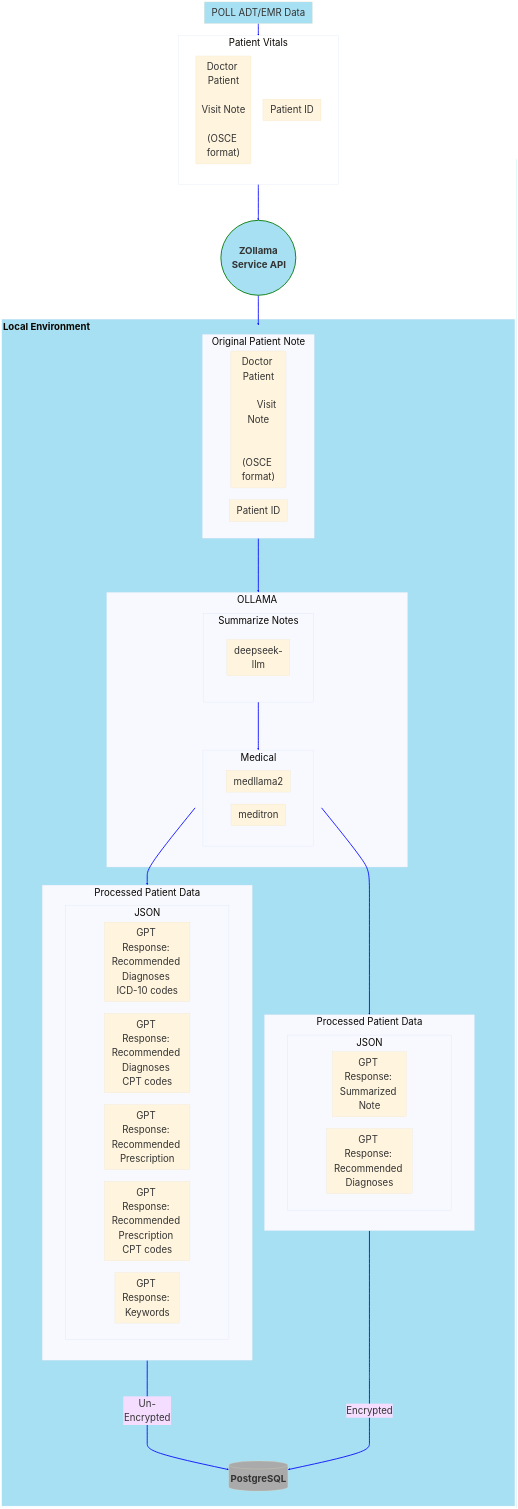
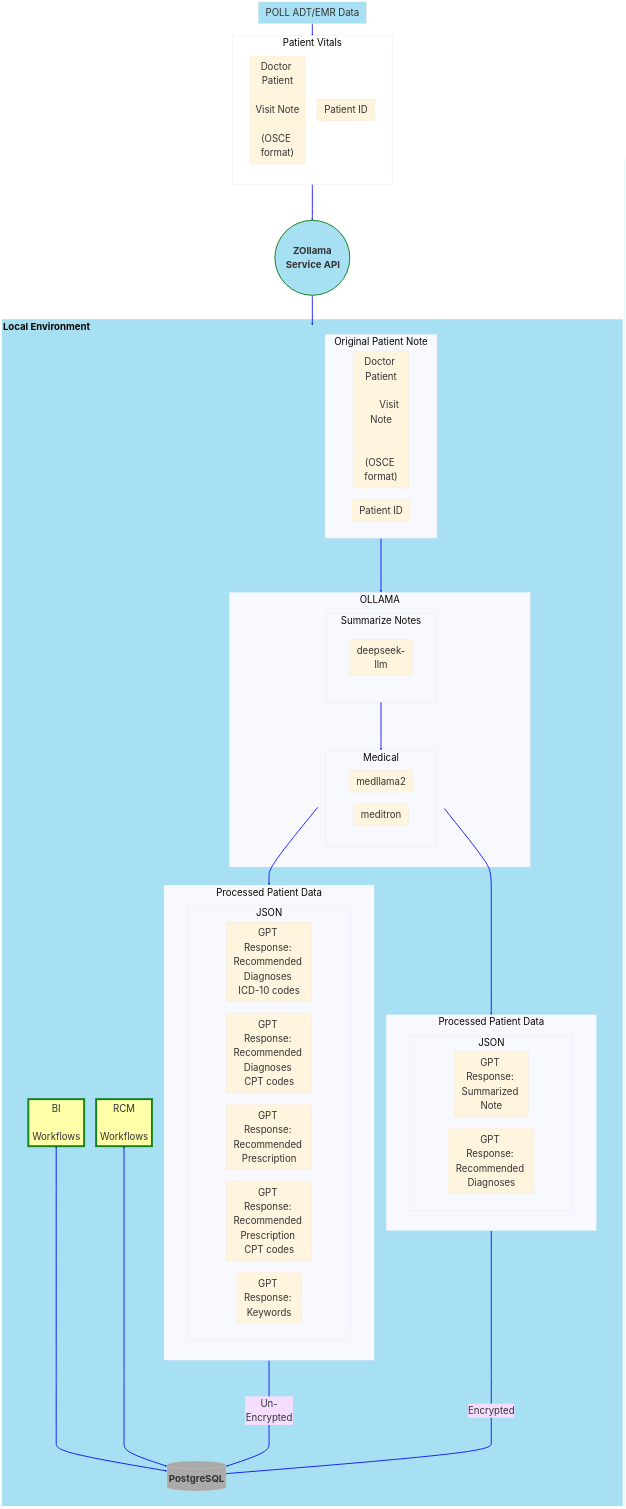
One commit to ovaisq/LLM-MedBillingForecast changed the first of 3 diagrams in README.md. Above: the diagram before and after it, drawn with Mermaid.

Commit message:
Finalized overview diagram in README.md

```diff
--- a/README.md
+++ b/README.md
@@ -10,6 +10,8 @@
     style LocalEnv fill:#a7e0f2
     style PSQL fill:#aaa
     style EMRADT fill:#a7e0f2
+    style BI fill:#ffa,stroke:#13821a,stroke-width:8px
+    style RM fill:#ffa,stroke:#13821a,stroke-width:8px
 
     classDef subgraph_padding fill:none,stroke:none
     EMRADT["POLL&nbspADT/EMR&nbspData"]
@@ -22,7 +24,9 @@
     Med ==> PPD ==Un-Encrypted=====> PSQL
     Med ==> EPPD ==Encrypted=====> PSQL
     Summary ===> Med
-  
+    BI <=====> PSQL
+    RM <=====> PSQL
+
     subgraph PV["Patient&nbspVitals"]
         subgraph blank2[ ]
             PVN("Doctor Patient
@@ -32,10 +36,16 @@
         end
     end
 
-    subgraph LocalEnv["`**Local&nbspEnvironment**`"&nbsp&nbsp&nbsp&nbsp&nbsp&nbsp&nbsp&nbsp&nbsp&nbsp&nbsp&nbsp&nbsp&nbsp&nbsp&nbsp&nbsp&nbsp&nbsp&nbsp&nbsp&nbsp&nbsp&nbsp&nbsp&nbsp&nbsp&nbsp&nbsp&nbsp&nbsp&nbsp&nbsp&nbsp&nbsp&nbsp&nbsp&nbsp&nbsp&nbsp&nbsp&nbsp&nbsp&nbsp&nbsp&nbsp&nbsp&nbsp&nbsp&nbsp&nbsp&nbsp&nbsp&nbsp&nbsp&nbsp&nbsp&nbsp&nbsp&nbsp&nbsp&nbsp&nbsp&nbsp&nbsp&nbsp&nbsp&nbsp&nbsp&nbsp&nbsp&nbsp&nbsp&nbsp&nbsp&nbsp&nbsp&nbsp&nbsp&nbsp&nbsp&nbsp&nbsp&nbsp&nbsp&nbsp&nbsp&nbsp&nbsp&nbsp&nbsp&nbsp&nbsp&nbsp&nbsp&nbsp&nbsp&nbsp&nbsp&nbsp&nbsp&nbsp&nbsp&nbsp&nbsp&nbsp&nbsp&nbsp&nbsp&nbsp&nbsp&nbsp&nbsp&nbsp&nbsp&nbsp&nbsp&nbsp&nbsp&nbsp&nbsp&nbsp&nbsp&nbsp&nbsp&nbsp&nbsp&nbsp&nbsp&nbsp&nbsp&nbsp&nbsp&nbsp&nbsp&nbsp&nbsp&nbsp&nbsp&nbsp&nbsp&nbsp&nbsp&nbsp&nbsp&nbsp&nbsp&nbsp&nbsp&nbsp&nbsp&nbsp&nbsp&nbsp&nbsp&nbsp&nbsp]
+    subgraph LocalEnv["`**Local&nbspEnvironment**`"&nbsp&nbsp&nbsp&nbsp&nbsp&nbsp&nbsp&nbsp&nbsp&nbsp&nbsp&nbsp&nbsp&nbsp&nbsp&nbsp&nbsp&nbsp&nbsp&nbsp&nbsp&nbsp&nbsp&nbsp&nbsp&nbsp&nbsp&nbsp&nbsp&nbsp&nbsp&nbsp&nbsp&nbsp&nbsp&nbsp&nbsp&nbsp&nbsp&nbsp&nbsp&nbsp&nbsp&nbsp&nbsp&nbsp&nbsp&nbsp&nbsp&nbsp&nbsp&nbsp&nbsp&nbsp&nbsp&nbsp&nbsp&nbsp&nbsp&nbsp&nbsp&nbsp&nbsp&nbsp&nbsp&nbsp&nbsp&nbsp&nbsp&nbsp&nbsp&nbsp&nbsp&nbsp&nbsp&nbsp&nbsp&nbsp&nbsp&nbsp&nbsp&nbsp&nbsp&nbsp&nbsp&nbsp&nbsp&nbsp&nbsp&nbsp&nbsp&nbsp&nbsp&nbsp&nbsp&nbsp&nbsp&nbsp&nbsp&nbsp&nbsp&nbsp&nbsp&nbsp&nbsp&nbsp&nbsp&nbsp&nbsp&nbsp&nbsp&nbsp&nbsp&nbsp&nbsp&nbsp&nbsp&nbsp&nbsp&nbsp&nbsp&nbsp&nbsp&nbsp&nbsp&nbsp&nbsp&nbsp&nbsp&nbsp&nbsp&nbsp&nbsp&nbsp&nbsp&nbsp&nbsp&nbsp&nbsp&nbsp&nbsp&nbsp&nbsp&nbsp&nbsp&nbsp&nbsp&nbsp&nbsp&nbsp&nbsp&nbsp&nbsp&nbsp&nbsp&nbsp&nbsp&nbsp&nbsp&nbsp&nbsp&nbsp&nbsp&nbsp&nbsp&nbsp&nbsp&nbsp&nbsp&nbsp&nbsp&nbsp&nbsp&nbsp&nbsp&nbsp&nbsp&nbsp&nbsp&nbsp&nbsp&nbsp&nbsp&nbsp&nbsp&nbsp&nbsp&nbsp&nbsp&nbsp&nbsp&nbsp&nbsp&nbsp&nbsp&nbsp&nbsp]
         subgraph blank[ ]
             direction TB
             PSQL[("`**PostgreSQL**`")]
+            subgraph BI["BI
+            Workflows"]
+            end
+            subgraph RM["RCM
+            Workflows"]
+            end
             subgraph PVO["Original&nbspPatient&nbspNote"]
                 direction LR
                 subgraph blank3[ ]
```
